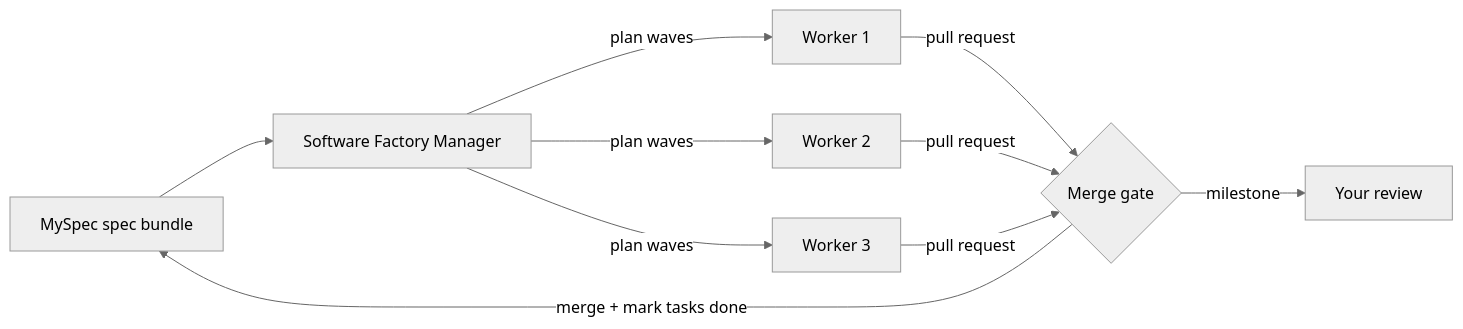
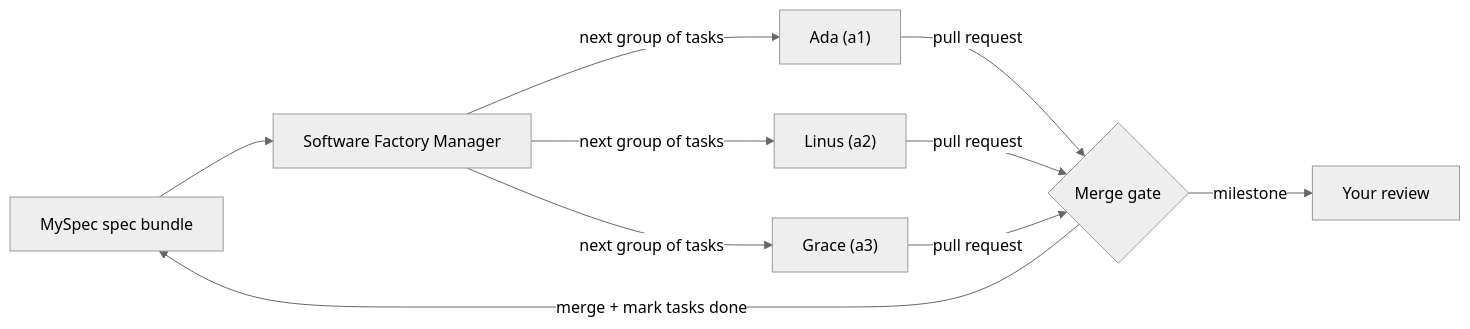
Before and after one commit to myspecs/claude-plugins: the diagram in plugins/myspec-factory/README.md, drawn with Mermaid (neutral theme). The commit also changed other lines of this file and 26 other files, not shown here.

````diff
--- a/plugins/myspec-factory/README.md
+++ b/plugins/myspec-factory/README.md
@@ -24,12 +24,12 @@
 ```mermaid
 flowchart LR
   S[MySpec spec bundle] --> M[Software Factory Manager]
-  M -->|plan waves| W1[Worker 1]
-  M -->|plan waves| W2[Worker 2]
-  M -->|plan waves| W3[Worker 3]
+  M -->|next group of tasks| W1["Ada (a1)"]
+  M -->|next group of tasks| W2["Linus (a2)"]
+  M -->|next group of tasks| W3["Grace (a3)"]
   W1 -->|pull request| G{Merge gate}
   W2 -->|pull request| G
   W3 -->|pull request| G
   G -->|merge + mark tasks done| S
   G -->|milestone| R[Your review]
 ```
````
